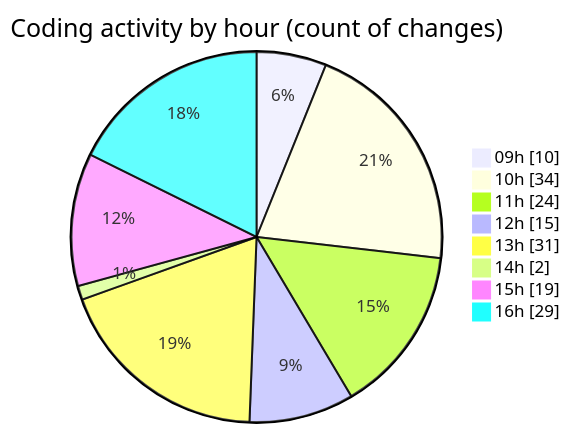
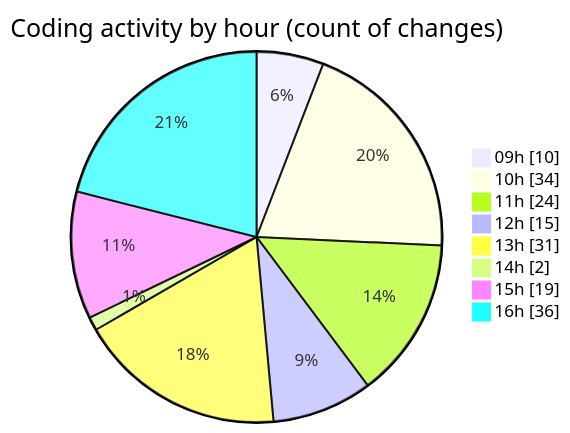
One commit to momahboobian/code-tracking changed the second of 2 diagrams in 2025-09-02/cda/README.md. Above: the diagram before and after it, drawn with Mermaid. The commit also changed other lines of this file and 1 other file, not shown here.

````diff
--- a/2025-09-02/cda/README.md
+++ b/2025-09-02/cda/README.md
@@ -43,12 +45,12 @@
 ```mermaid
 pie showData
 title Coding activity by hour (count of changes)
 "09h" : 10
 "10h" : 34
 "11h" : 24
 "12h" : 15
 "13h" : 31
 "14h" : 2
 "15h" : 19
-"16h" : 29
+"16h" : 36
 ```
````
